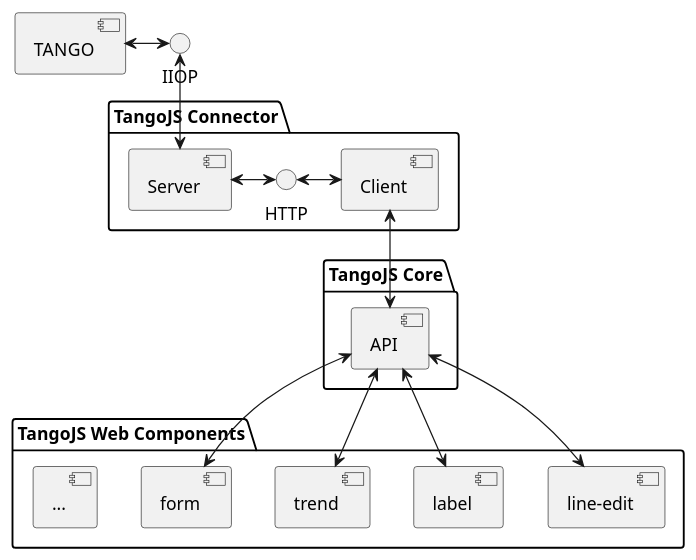
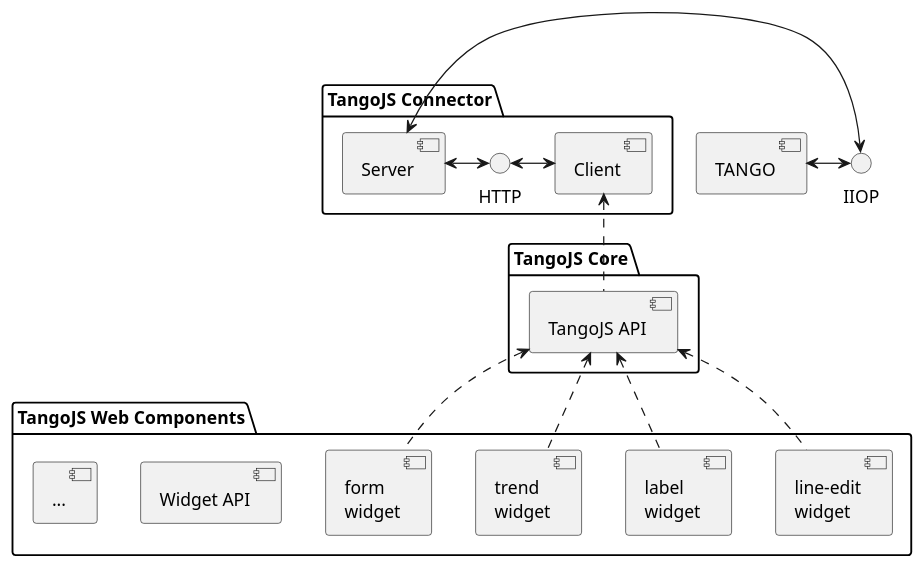
Before and after one commit to mliszcz/msc-thesis: the diagram in thesis/figures/uml-source/03-tangojs-architecture.pu, drawn with PlantUML. The commit also changed 3 other files, not shown here.

Commit message:
[thesis] Chapter 3 Architecture updated

```diff
--- a/thesis/figures/uml-source/03-tangojs-architecture.pu
+++ b/thesis/figures/uml-source/03-tangojs-architecture.pu
@@ -1,28 +1,37 @@
 @startuml
 
 package "TangoJS Connector" {
   [Server] <-> HTTP
   HTTP <-> [Client]
 }
 
 package "TangoJS Core" {
-  [API]
+  [TangoJS API] as API
 }
 
 package "TangoJS Web Components" {
-  [line-edit]
-  [label]
-  [trend]
-  [form]
+  [line-edit\nwidget] as WLineEdit
+  [label\nwidget] as WLabel
+  [trend\nwidget] as WTrend
+  [form\nwidget] as WForm
+  [Widget API]
   [...]
 }
 
 [TANGO] <-> IIOP
-IIOP <--> [Server]
-[Client] <--> [API]
-[API] <--> [line-edit]
-[API] <--> [label]
-[API] <--> [trend]
-[API] <--> [form]
+IIOP <-> [Server]
+[Client] <.. [API]
+[API] <.. WLineEdit
+[API] <.. WLabel
+[API] <.. WTrend
+[API] <.. WForm
+
+' [Web Application] as WA
+'
+' WA ..> [line-edit]
+' WA ..> [label]
+' WA ..> [trend]
+' WA ..> [form]
+' WA ..> [API]
 
 @enduml
```
